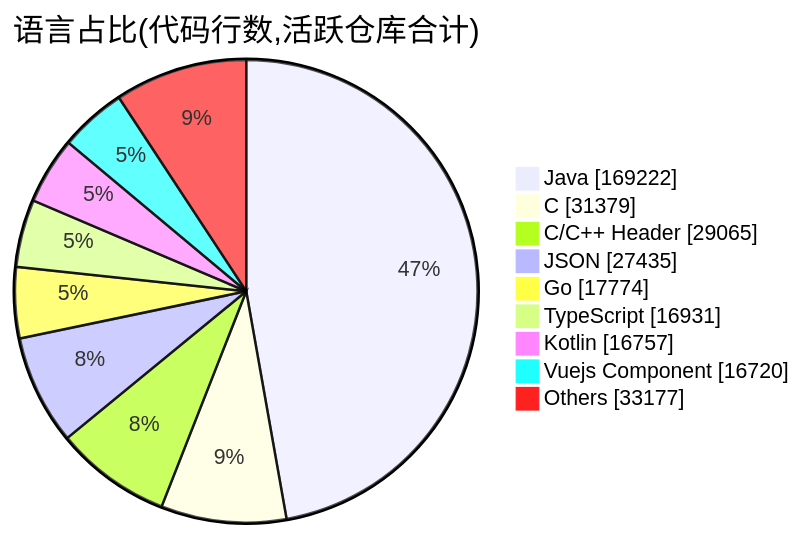
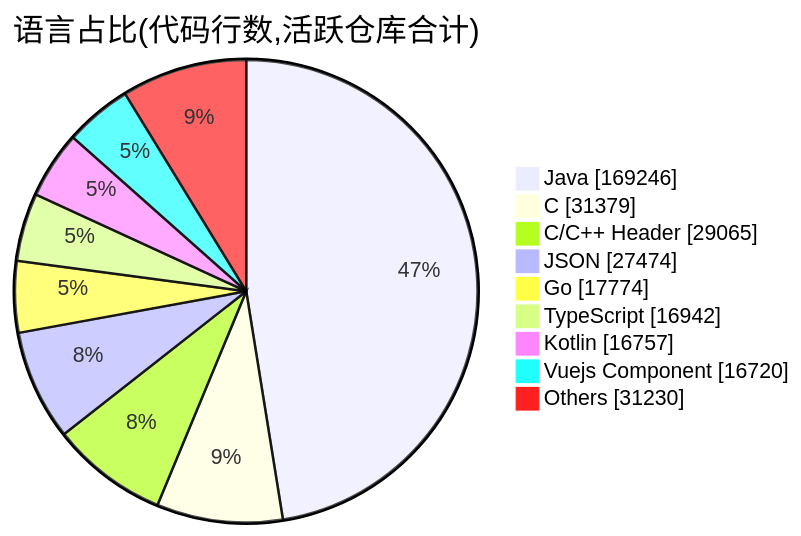
The second of 2 diagrams in profile/README.md (Conflux-Union/.github), drawn with Mermaid before and after one commit. The commit also changed other lines of this file and 1 other file, not shown here.

````diff
--- a/profile/README.md
+++ b/profile/README.md
@@ -78,13 +78,13 @@
 ```mermaid
 pie showData
     title 语言占比(代码行数,活跃仓库合计)
-    "Java" : 169222
+    "Java" : 169246
     "C" : 31379
     "C/C++ Header" : 29065
-    "JSON" : 27435
+    "JSON" : 27474
     "Go" : 17774
-    "TypeScript" : 16931
+    "TypeScript" : 16942
     "Kotlin" : 16757
     "Vuejs Component" : 16720
-    "Others" : 33177
+    "Others" : 31230
 ```
````
